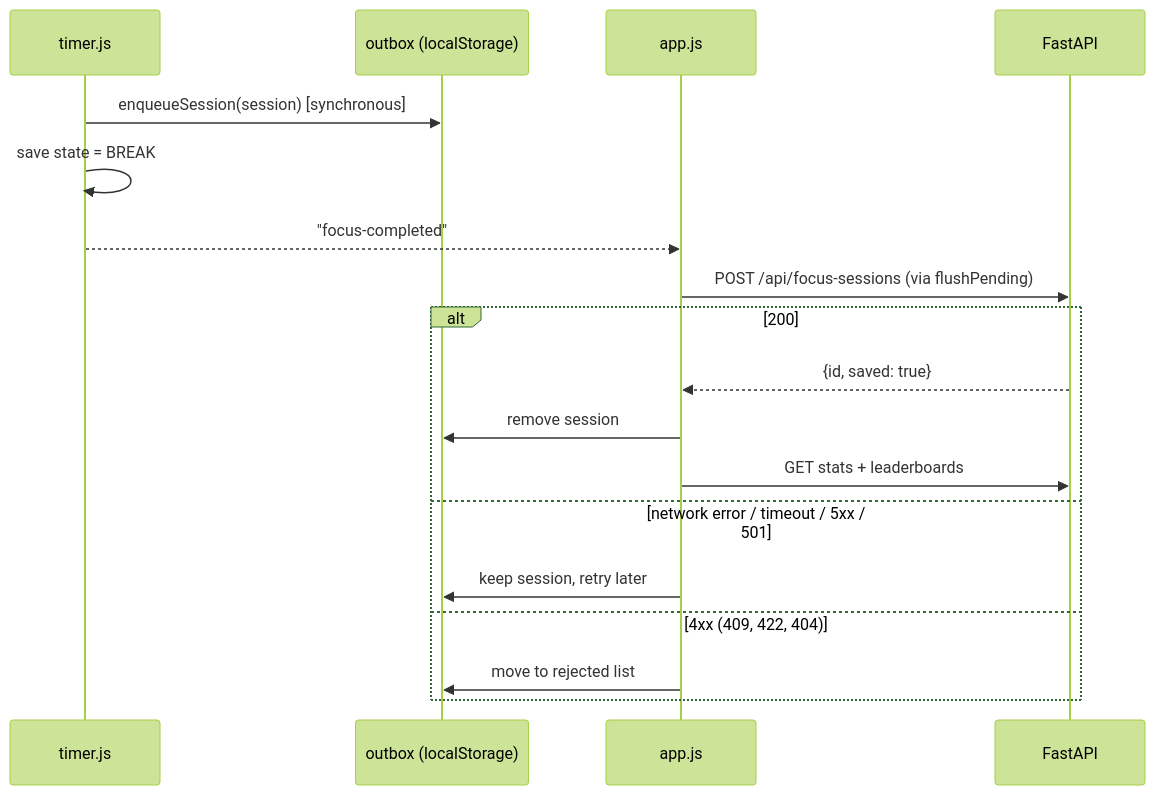
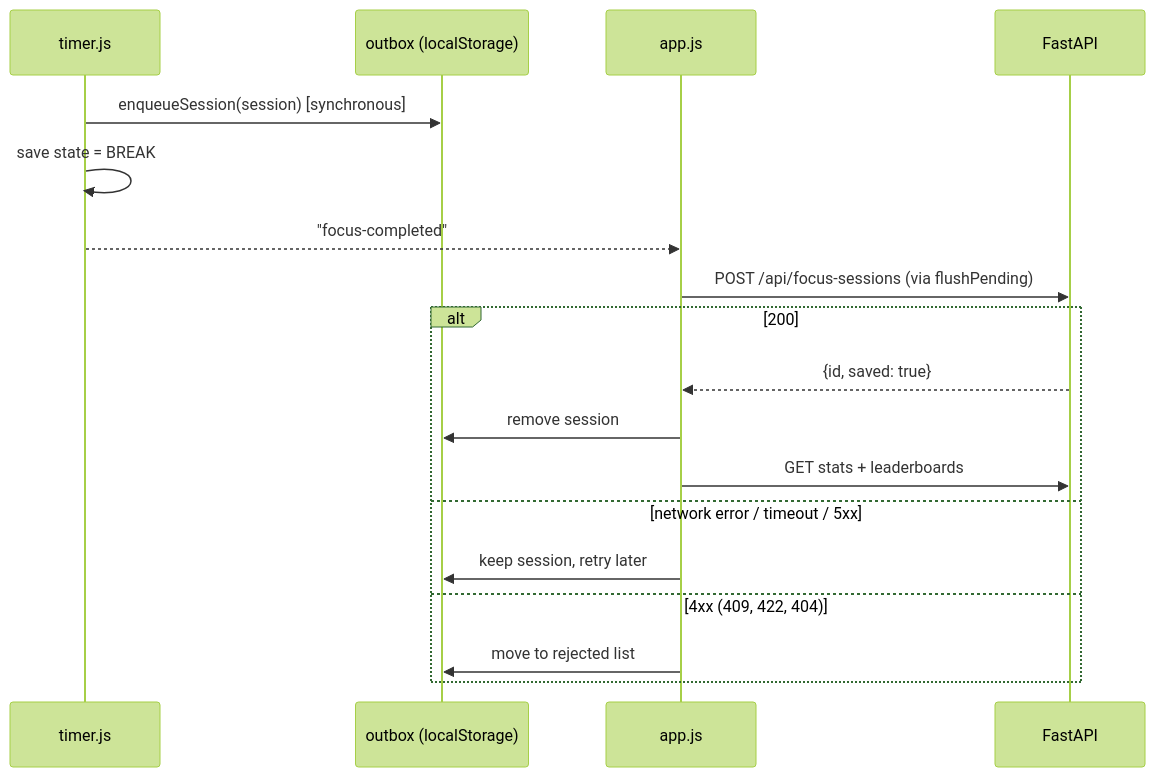
Before and after one commit to KaneYin/promodoro_timer: the diagram in docs/frontend-backend.md, drawn with Mermaid (forest theme). The commit also changed other lines of this file and 39 other files, not shown here.

````diff
--- a/docs/frontend-backend.md
+++ b/docs/frontend-backend.md
@@ -62,21 +62,21 @@
 ```mermaid
 sequenceDiagram
     participant T as timer.js
     participant O as outbox (localStorage)
     participant A as app.js
     participant S as FastAPI
 
     T->>O: enqueueSession(session) [synchronous]
     T->>T: save state = BREAK
     T-->>A: "focus-completed"
     A->>S: POST /api/focus-sessions (via flushPending)
     alt 200
         S-->>A: {id, saved: true}
         A->>O: remove session
         A->>S: GET stats + leaderboards
-    else network error / timeout / 5xx / 501
+    else network error / timeout / 5xx
         A->>O: keep session, retry later
     else 4xx (409, 422, 404)
         A->>O: move to rejected list
     end
 ```
````
